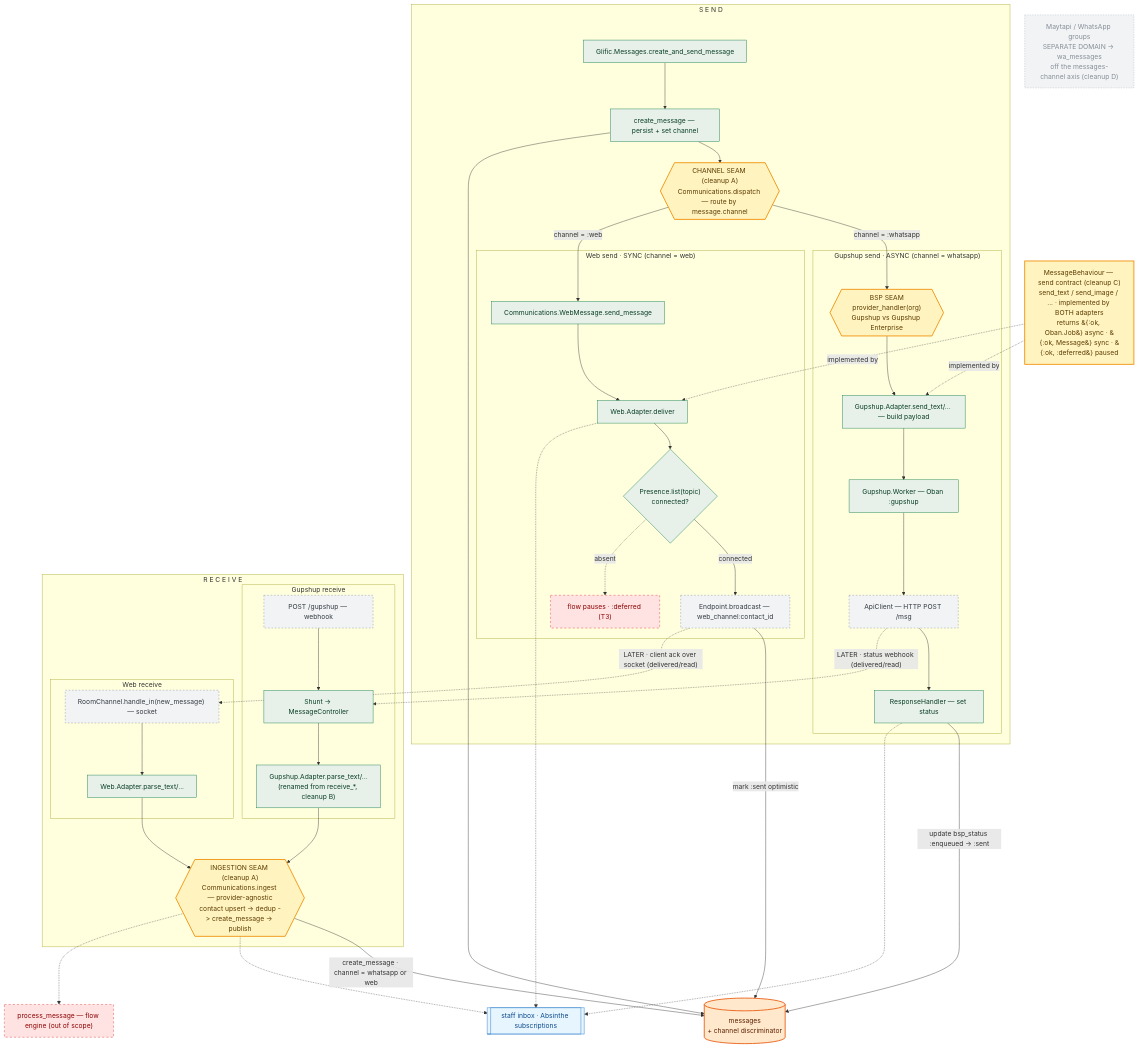
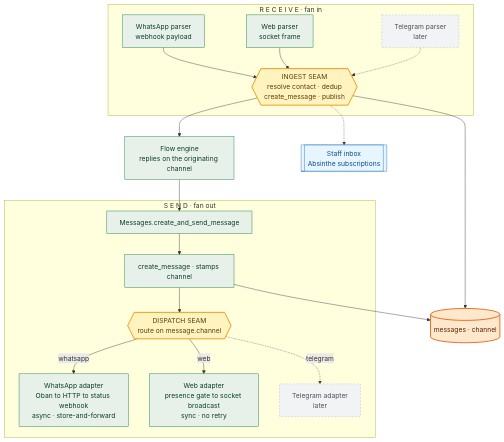
Before and after one commit to glific/glific: the second of 4 diagrams in plans/web-channel/tech-design.md, drawn with Mermaid. The commit also changed other lines of this file, not shown here.

First line of the commit message:
docs(web-channel): restructure tech design as omnichannel design

````diff
--- a/plans/web-channel/tech-design.md
+++ b/plans/web-channel/tech-design.md
@@ -102,76 +218,42 @@
 ```mermaid
 flowchart TB
-  BEHAV["MessageBehaviour — send contract (cleanup C)<br/>send_text / send_image / ... · implemented by BOTH adapters<br/>returns &#123;:ok, Oban.Job&#125; async · &#123;:ok, Message&#125; sync · &#123;:ok, :deferred&#125; paused"]:::seam
-
-  subgraph SEND["S E N D"]
-    E1["Glific.Messages.create_and_send_message"]:::mod
-    E2["create_message — persist + set channel"]:::mod
-    CHSEAM{{"CHANNEL SEAM (cleanup A)<br/>Communications.dispatch — route by message.channel"}}:::seam
-
-    subgraph GSEND["Gupshup send · ASYNC (channel = whatsapp)"]
-      BSPSEAM{{"BSP SEAM<br/>provider_handler(org)<br/>Gupshup vs Gupshup Enterprise"}}:::seam
-      G1["Gupshup.Adapter.send_text/... — build payload"]:::mod
-      G2["Gupshup.Worker — Oban :gupshup"]:::mod
-      G3["ApiClient — HTTP POST /msg"]:::ext
-      G4["ResponseHandler — set status"]:::mod
-    end
-
-    subgraph WSEND["Web send · SYNC (channel = web)"]
-      W1["Communications.WebMessage.send_message"]:::mod
-      W2["Web.Adapter.deliver"]:::mod
-      W3{"Presence.list(topic)<br/>connected?"}:::mod
-      W4["Endpoint.broadcast — web_channel:contact_id"]:::ext
-      WP["flow pauses · :deferred (T3)"]:::oos
-    end
+  subgraph SEND["S E N D  ·  fan out"]
+    S1["Messages.create_and_send_message"]:::mod
+    S2["create_message · stamps channel"]:::mod
+    DISPATCH{{"DISPATCH SEAM<br/>route on message.channel"}}:::seam
+    A1["WhatsApp adapter<br/>Oban to HTTP to status webhook<br/>async · store-and-forward"]:::mod
+    A2["Web adapter<br/>presence gate to socket broadcast<br/>sync · no retry"]:::mod
+    A3["Telegram adapter<br/>later"]:::later
   end
 
-  subgraph RECV["R E C E I V E"]
-    subgraph GRECV["Gupshup receive"]
-      GR1["POST /gupshup — webhook"]:::ext
-      GR2["Shunt -> MessageController"]:::mod
-      GR3["Gupshup.Adapter.parse_text/...<br/>(renamed from receive_*, cleanup B)"]:::mod
-    end
-    subgraph WRECV["Web receive"]
-      WR1["RoomChannel.handle_in(new_message) — socket"]:::ext
-      WR2["Web.Adapter.parse_text/..."]:::mod
-    end
-    INGEST{{"INGESTION SEAM (cleanup A)<br/>Communications.ingest — provider-agnostic<br/>contact upsert -> dedup -> create_message -> publish"}}:::seam
+  subgraph RECV["R E C E I V E  ·  fan in"]
+    P1["WhatsApp parser<br/>webhook payload"]:::mod
+    P2["Web parser<br/>socket frame"]:::mod
+    P3["Telegram parser<br/>later"]:::later
+    INGEST{{"INGEST SEAM<br/>resolve contact · dedup<br/>create_message · publish"}}:::seam
   end
 
-  MSG[("messages<br/>+ channel discriminator")]:::db
-  INBOX[["staff inbox · Absinthe subscriptions"]]:::sink
-  FLOW["process_message — flow engine (out of scope)"]:::oos
-  MAY["Maytapi / WhatsApp groups<br/>SEPARATE DOMAIN -> wa_messages<br/>off the messages-channel axis (cleanup D)"]:::dim
+  MSG[("messages · channel")]:::db
+  FLOW["Flow engine<br/>replies on the originating channel"]:::mod
+  INBOX[["Staff inbox<br/>Absinthe subscriptions"]]:::sink
 
-  E1 --> E2 --> CHSEAM
-  CHSEAM -->|"channel = :whatsapp"| BSPSEAM --> G1 --> G2 --> G3 --> G4
-  CHSEAM -->|"channel = :web"| W1 --> W2 --> W3
-  W3 -->|"connected"| W4
-  W3 -.->|"absent"| WP
-  E2 --> MSG
-  G4 -->|"update bsp_status :enqueued -> :sent"| MSG
-  W4 -->|"mark :sent optimistic"| MSG
+  S1 --> S2 --> DISPATCH
+  DISPATCH -->|"whatsapp"| A1
+  DISPATCH -->|"web"| A2
+  DISPATCH -.->|"telegram"| A3
+  S2 --> MSG
 
-  GR1 --> GR2 --> GR3 --> INGEST
-  WR1 --> WR2 --> INGEST
-  INGEST -->|"create_message · channel = whatsapp or web"| MSG
+  P1 --> INGEST
+  P2 --> INGEST
+  P3 -.-> INGEST
+  INGEST --> MSG
+  INGEST --> FLOW
   INGEST -.-> INBOX
-  INGEST -.-> FLOW
-
-  G3 -.->|"LATER · status webhook (delivered/read)"| GR2
-  W4 -.->|"LATER · client ack over socket (delivered/read)"| WR1
-
-  G4 -.-> INBOX
-  W2 -.-> INBOX
-
-  BEHAV -. "implemented by" .-> G1
-  BEHAV -. "implemented by" .-> W2
+  FLOW --> S1
 
   classDef seam fill:#fff3bf,stroke:#f08c00,stroke-width:2px,color:#5c3c00
   classDef mod fill:#e8f0ea,stroke:#0b7a45,color:#073f24
-  classDef ext fill:#f1f3f5,stroke:#868e96,stroke-dasharray:4,color:#343a40
   classDef db fill:#ffe8cc,stroke:#e8590c,stroke-width:2px,color:#5c2000
-  classDef oos fill:#ffe3e3,stroke:#e03131,stroke-dasharray:5,color:#8b0000
   classDef sink fill:#e7f5ff,stroke:#1971c2,color:#0b4a8b
-  classDef dim fill:#f1f3f5,stroke:#adb5bd,stroke-dasharray:3,color:#868e96
+  classDef later fill:#f1f3f5,stroke:#adb5bd,stroke-dasharray:4,color:#495057
 ```
````
